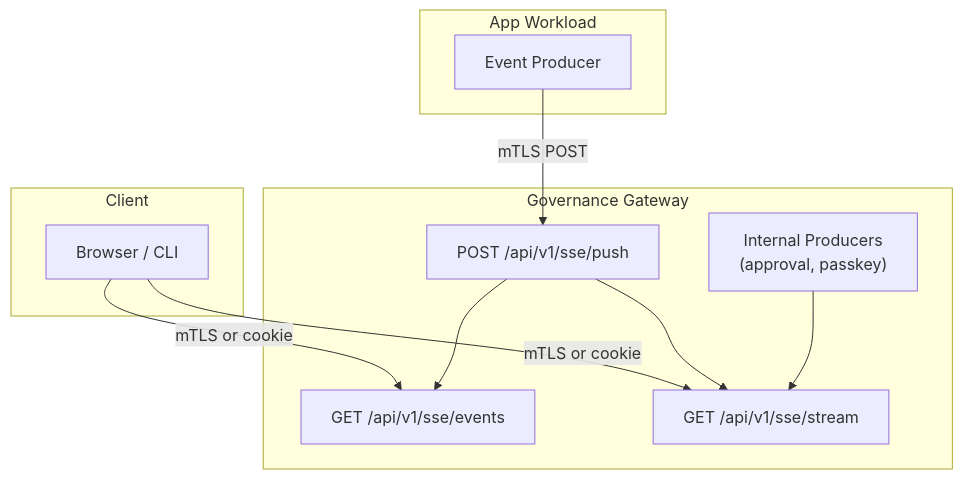
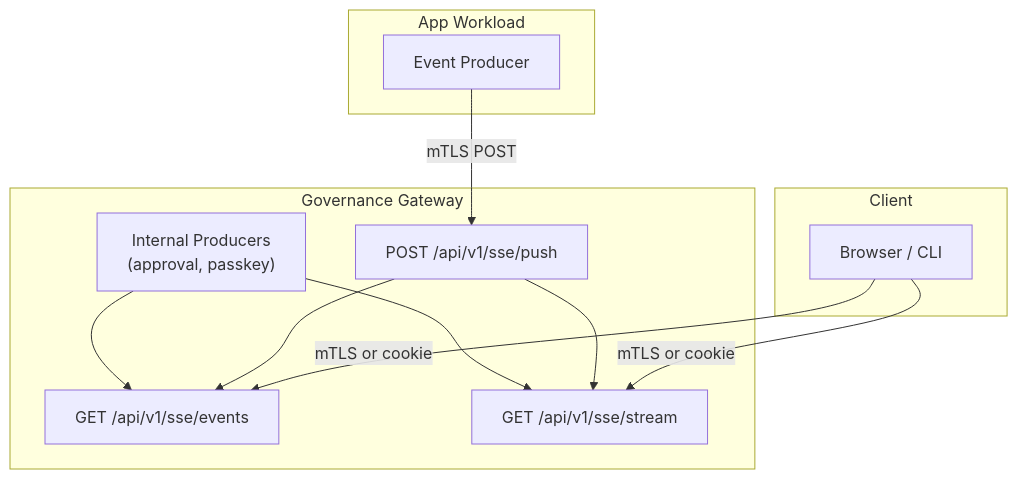
One commit to g8e-ai/g8e changed the diagram in docs/architecture/sse.md. Above: the diagram before and after it, drawn with Mermaid. The commit also changed other lines of this file and 1304 other files, not shown here.

````diff
--- a/docs/architecture/sse.md
+++ b/docs/architecture/sse.md
@@ -28,24 +28,25 @@
 ```mermaid
 flowchart TD
     subgraph App ["App Workload"]
         producer["Event Producer"]
     end
 
     subgraph Gateway ["Governance Gateway"]
         push["POST /api/v1/sse/push"]
         internal["Internal Producers\n(approval, passkey)"]
         events["GET /api/v1/sse/events"]
         stream["GET /api/v1/sse/stream"]
     end
 
     subgraph Client ["Client"]
         browser["Browser / CLI"]
     end
 
     producer -- "mTLS POST" --> push
     internal --> stream
+    internal --> events
     push --> stream
     push --> events
     browser -- "mTLS or cookie" --> stream
     browser -- "mTLS or cookie" --> events
 ```
````
